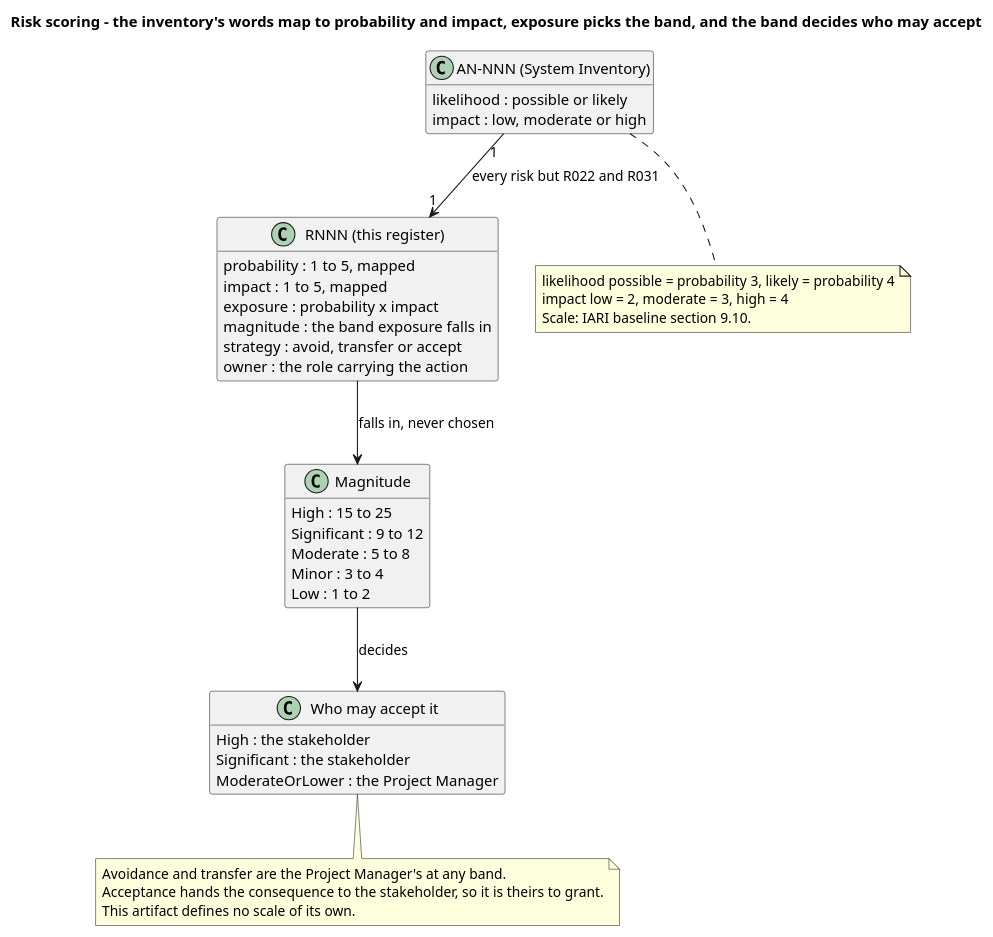
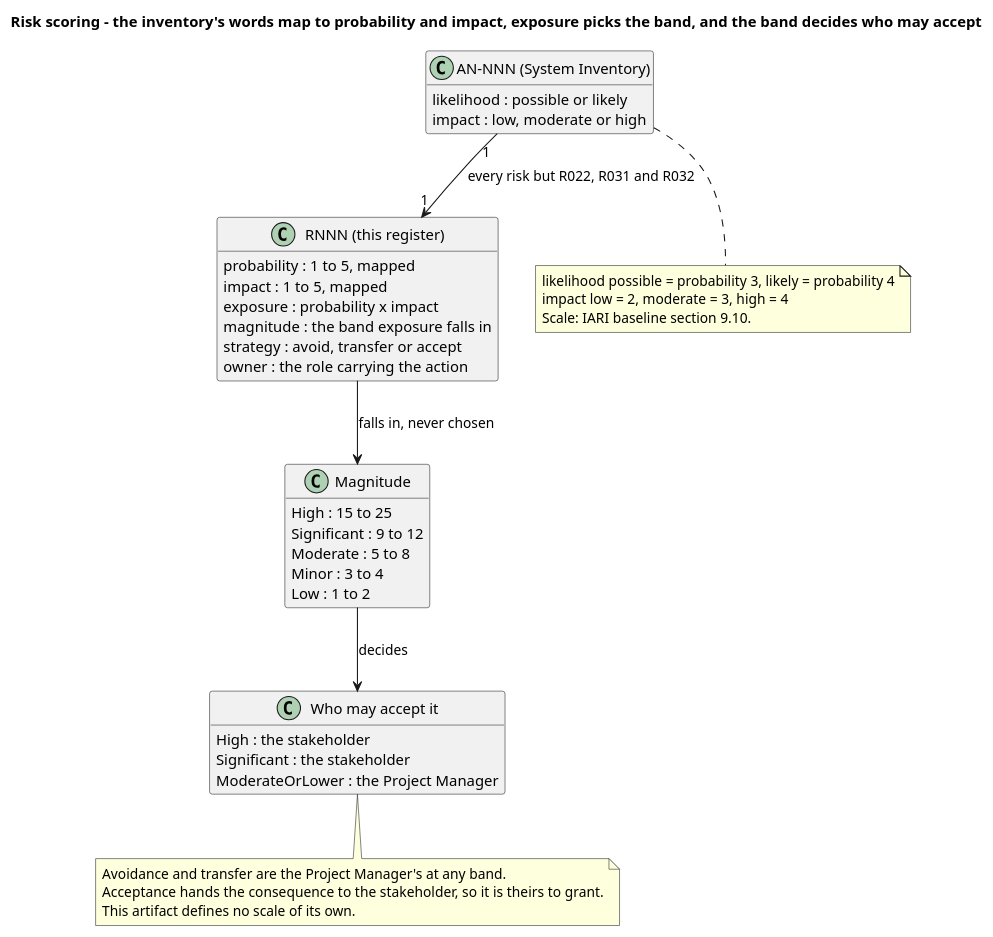
One commit to banense-test/TodoApp changed the first of 2 diagrams in docs/artifacts/project-management/risk-list.md. Above: the diagram before and after it, drawn with PlantUML. The commit also changed other lines of this file, not shown here.

First line of the commit message:
Project Manager [Excavation1]: upsert Risk List

````diff
--- a/docs/artifacts/project-management/risk-list.md
+++ b/docs/artifacts/project-management/risk-list.md
@@ -47,47 +47,47 @@
 ```plantuml
 @startuml
 title Risk scoring - the inventory's words map to probability and impact, exposure picks the band, and the band decides who may accept
 
 skinparam shadowing false
 skinparam classAttributeIconSize 0
 hide empty members
 
 class "AN-NNN (System Inventory)" as AN {
   likelihood : possible or likely
   impact : low, moderate or high
 }
 class "RNNN (this register)" as RISK {
   probability : 1 to 5, mapped
   impact : 1 to 5, mapped
   exposure : probability x impact
   magnitude : the band exposure falls in
   strategy : avoid, transfer or accept
   owner : the role carrying the action
 }
 class "Magnitude" as M {
   High : 15 to 25
   Significant : 9 to 12
   Moderate : 5 to 8
   Minor : 3 to 4
   Low : 1 to 2
 }
 class "Who may accept it" as A {
   High : the stakeholder
   Significant : the stakeholder
   ModerateOrLower : the Project Manager
 }
-AN "1" --> "1" RISK : every risk but R022 and R031
+AN "1" --> "1" RISK : every risk but R022, R031 and R032
 RISK --> M : falls in, never chosen
 M --> A : decides
 note bottom of AN
   likelihood possible = probability 3, likely = probability 4
   impact low = 2, moderate = 3, high = 4
   Scale: IARI baseline section 9.10.
 end note
 note bottom of A
   Avoidance and transfer are the Project Manager's at any band.
   Acceptance hands the consequence to the stakeholder, so it is theirs to grant.
   This artifact defines no scale of its own.
 end note
 @enduml
 ```
````
